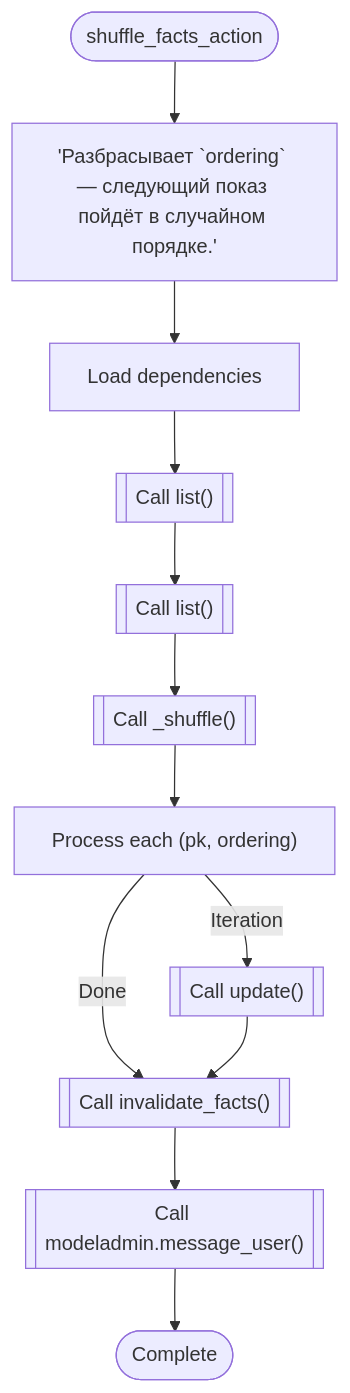
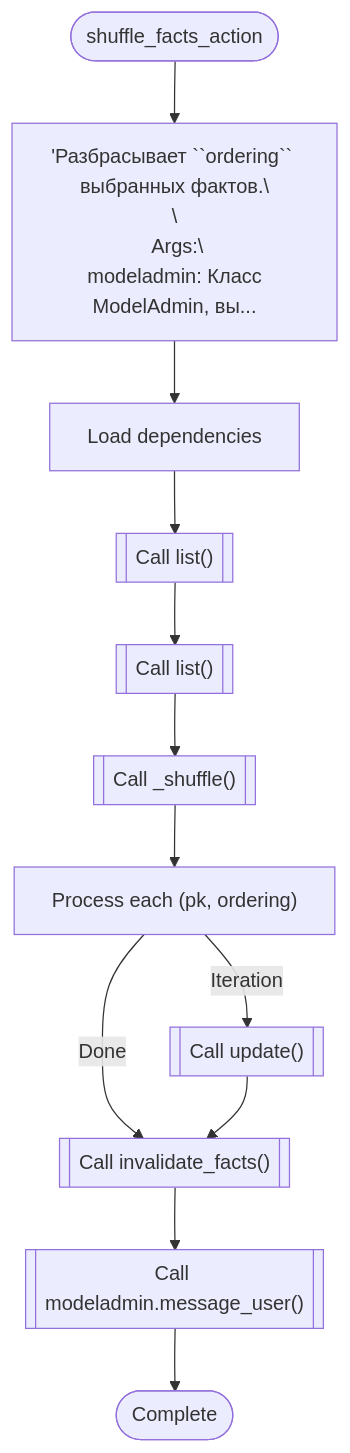
Before and after one commit to ihrusl05-rgb/Factoscope: the seventh of 59 diagrams in codedebrief-out/codedebrief.md, drawn with Mermaid. The commit also changed other lines of this file and 20 other files, not shown here.

````diff
--- a/codedebrief-out/codedebrief.md
+++ b/codedebrief-out/codedebrief.md
@@ -241,25 +249,25 @@
 ```mermaid
 flowchart TD
   mflow_0c90c5480308cdcc_n1(["shuffle_facts_action"])
-  mflow_0c90c5480308cdcc_n2["'Разбрасывает `ordering` — следующий показ пойдёт в случайном порядке.'"]
+  mflow_0c90c5480308cdcc_n2["'Разбрасывает ``ordering`` выбранных фактов.\\n\\n Args:\\n modeladmin: Класс ModelAdmin, вы..."]
   mflow_0c90c5480308cdcc_n3["Load dependencies"]
   mflow_0c90c5480308cdcc_n4[["Call list()"]]
   mflow_0c90c5480308cdcc_n5[["Call list()"]]
   mflow_0c90c5480308cdcc_n6[["Call _shuffle()"]]
   mflow_0c90c5480308cdcc_n7["Process each (pk, ordering)"]
   mflow_0c90c5480308cdcc_n8[["Call update()"]]
   mflow_0c90c5480308cdcc_n9[["Call invalidate_facts()"]]
   mflow_0c90c5480308cdcc_n10[["Call modeladmin.message_user()"]]
   mflow_0c90c5480308cdcc_n11(["Complete"])
   mflow_0c90c5480308cdcc_n1 --> mflow_0c90c5480308cdcc_n2
   mflow_0c90c5480308cdcc_n2 --> mflow_0c90c5480308cdcc_n3
   mflow_0c90c5480308cdcc_n3 --> mflow_0c90c5480308cdcc_n4
   mflow_0c90c5480308cdcc_n4 --> mflow_0c90c5480308cdcc_n5
   mflow_0c90c5480308cdcc_n5 --> mflow_0c90c5480308cdcc_n6
   mflow_0c90c5480308cdcc_n6 --> mflow_0c90c5480308cdcc_n7
   mflow_0c90c5480308cdcc_n7 -->|"Iteration"| mflow_0c90c5480308cdcc_n8
   mflow_0c90c5480308cdcc_n7 -->|"Done"| mflow_0c90c5480308cdcc_n9
   mflow_0c90c5480308cdcc_n8 --> mflow_0c90c5480308cdcc_n9
   mflow_0c90c5480308cdcc_n9 --> mflow_0c90c5480308cdcc_n10
   mflow_0c90c5480308cdcc_n10 --> mflow_0c90c5480308cdcc_n11
 ```
````
